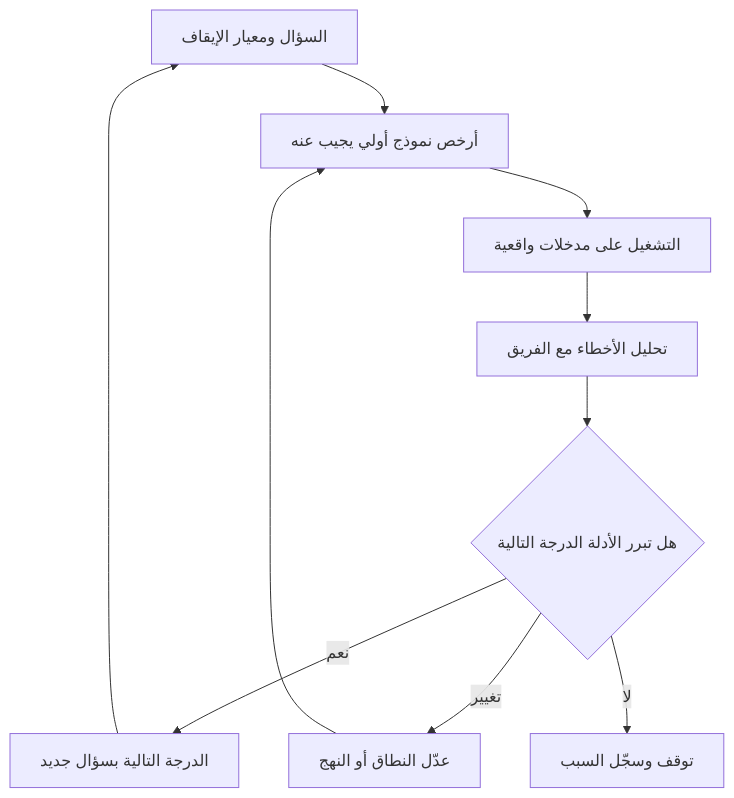
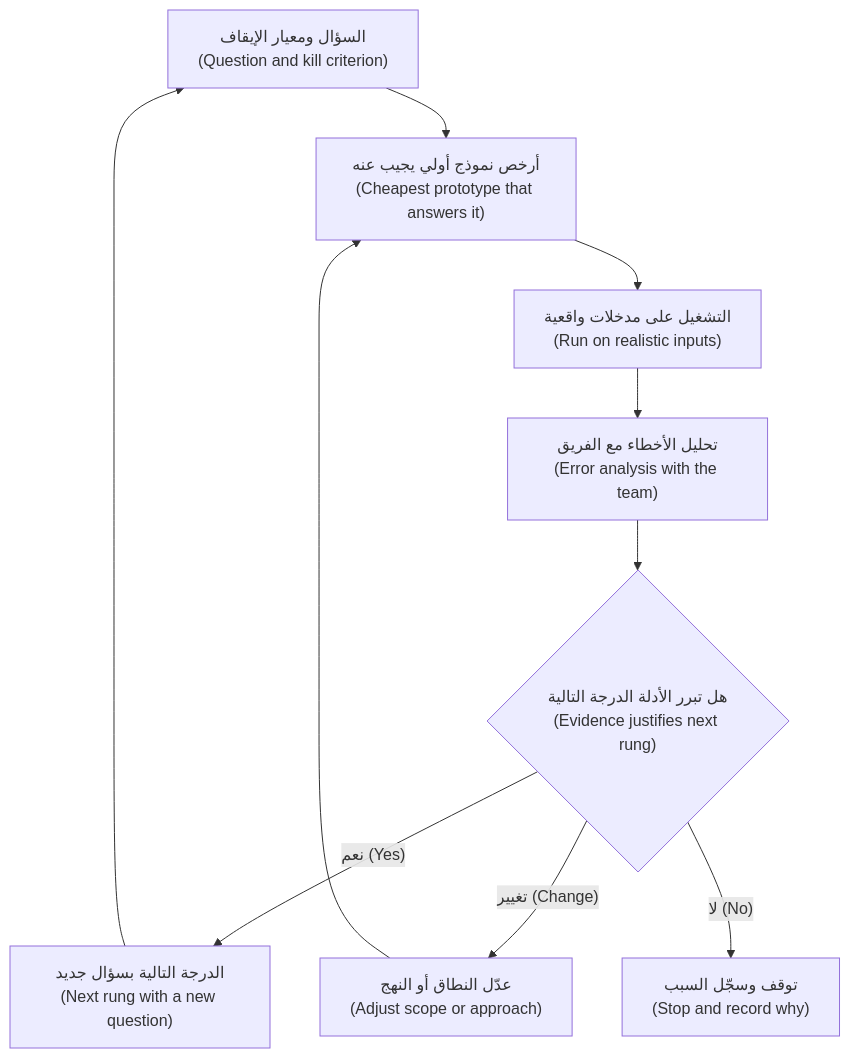
Before and after one commit to Tamoura/system-design-for-vibe-coders: the second of 3 diagrams in aipm/modules/05-build.ar.md, drawn with Mermaid. The commit also changed other lines of this file and 9 other files, not shown here.

First line of the commit message:
AI PM course (AR): right-to-left diagrams with English labels

````diff
--- a/aipm/modules/05-build.ar.md
+++ b/aipm/modules/05-build.ar.md
@@ -277,12 +277,12 @@
 ```mermaid
 flowchart TD
-    A["السؤال ومعيار الإيقاف"] --> B["أرخص نموذج أولي يجيب عنه"]
-    B --> C["التشغيل على مدخلات واقعية"]
-    C --> D["تحليل الأخطاء مع الفريق"]
-    D --> E{"هل تبرر الأدلة الدرجة التالية"}
-    E -- "نعم" --> F["الدرجة التالية بسؤال جديد"]
-    E -- "تغيير" --> G["عدّل النطاق أو النهج"]
+    A["السؤال ومعيار الإيقاف<br/>(Question and kill criterion)"] --> B["أرخص نموذج أولي يجيب عنه<br/>(Cheapest prototype that answers it)"]
+    B --> C["التشغيل على مدخلات واقعية<br/>(Run on realistic inputs)"]
+    C --> D["تحليل الأخطاء مع الفريق<br/>(Error analysis with the team)"]
+    D --> E{"هل تبرر الأدلة الدرجة التالية<br/>(Evidence justifies next rung)"}
+    E -- "نعم (Yes)" --> F["الدرجة التالية بسؤال جديد<br/>(Next rung with a new question)"]
+    E -- "تغيير (Change)" --> G["عدّل النطاق أو النهج<br/>(Adjust scope or approach)"]
     G --> B
-    E -- "لا" --> H["توقف وسجّل السبب"]
+    E -- "لا (No)" --> H["توقف وسجّل السبب<br/>(Stop and record why)"]
     F --> A
 ```
````
